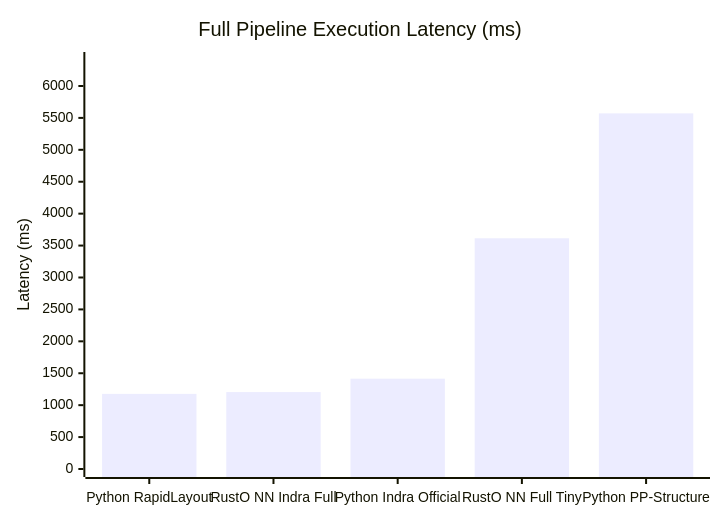
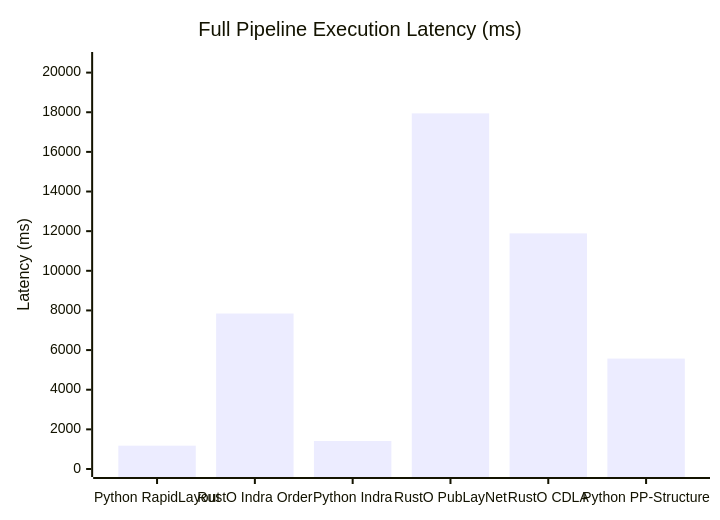
Before and after one commit to byrizki/rusto-rs: the fifth of 5 diagrams in benchmarks/omnidocbench/OMNIDOCBENCH_EVALUATION_REPORT.md, drawn with Mermaid. The commit also changed other lines of this file and 7 other files, not shown here.

````diff
--- a/benchmarks/omnidocbench/OMNIDOCBENCH_EVALUATION_REPORT.md
+++ b/benchmarks/omnidocbench/OMNIDOCBENCH_EVALUATION_REPORT.md
@@ -91,7 +104,7 @@
 ```mermaid
 xychart-beta
     title "Full Pipeline Execution Latency (ms)"
-    x-axis ["Python RapidLayout", "RustO NN Indra Full", "Python Indra Official", "RustO NN Full Tiny", "Python PP-Structure"]
-    y-axis "Latency (ms)" 0 --> 6407
-    bar [1177, 1205, 1415, 3614, 5571]
+    x-axis ["Python RapidLayout", "RustO Indra Order", "Python Indra", "RustO PubLayNet", "RustO CDLA", "Python PP-Structure"]
+    y-axis "Latency (ms)" 0 --> 20636
+    bar [1177, 7845, 1415, 17944, 11887, 5571]
 ```
````
